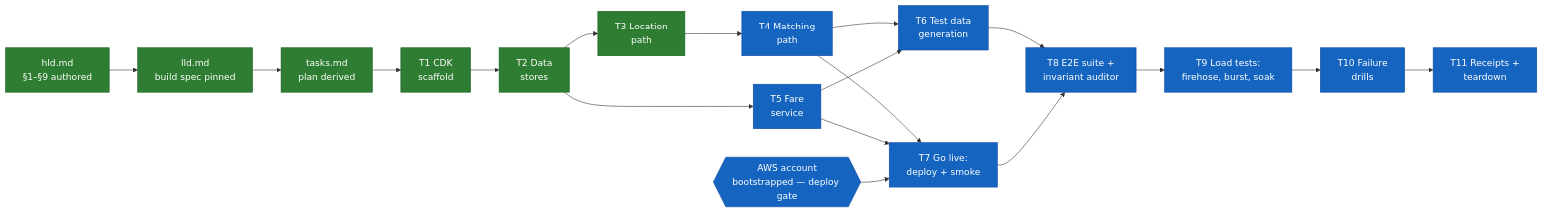
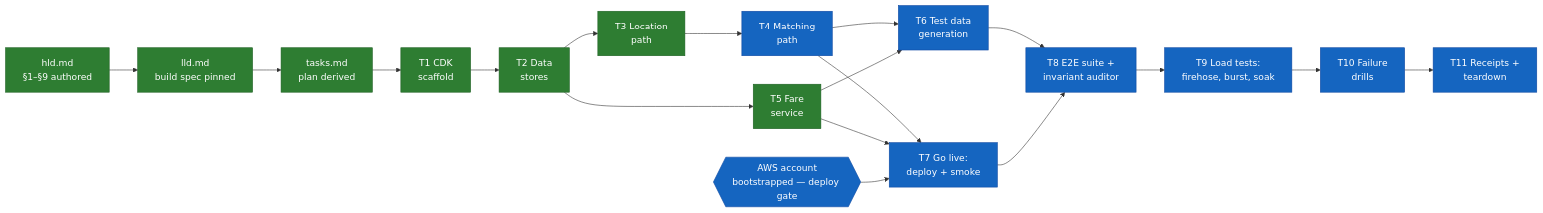
One commit to quannh0308/SystemDesignDeepDives changed the diagram in uber-like-rides/docs/ledger.md. Above: the diagram before and after it, drawn with Mermaid. The commit also changed other lines of this file and 15 other files, not shown here.

````diff
--- a/uber-like-rides/docs/ledger.md
+++ b/uber-like-rides/docs/ledger.md
@@ -8,38 +8,38 @@
 ```mermaid
 flowchart LR
     DESIGN[hld.md<br/>§1–§9 authored]
     LLD[lld.md<br/>build spec pinned]
     PLAN[tasks.md<br/>plan derived]
     T1[T1 CDK<br/>scaffold]
     T2[T2 Data<br/>stores]
     T3[T3 Location<br/>path]
     T4[T4 Matching<br/>path]
     T5[T5 Fare<br/>service]
     T6[T6 Test data<br/>generation]
     T7[T7 Go live:<br/>deploy + smoke]
     T8[T8 E2E suite +<br/>invariant auditor]
     T9[T9 Load tests:<br/>firehose, burst, soak]
     T10[T10 Failure<br/>drills]
     T11[T11 Receipts +<br/>teardown]
     AWS{{AWS account<br/>bootstrapped — deploy gate}}
 
     DESIGN --> LLD --> PLAN --> T1
     T1 --> T2
     T2 --> T3
     T2 --> T5
     T3 --> T4
     T4 --> T6
     T5 --> T6
     T4 --> T7
     T5 --> T7
     AWS --> T7
     T6 --> T8
     T7 --> T8
     T8 --> T9 --> T10 --> T11
 
     classDef done fill:#2e7d32,color:#fff,stroke:#1b5e20
     classDef active fill:#ff8f00,color:#fff,stroke:#e65100
     classDef pending fill:#1565c0,color:#fff,stroke:#0d47a1
-    class DESIGN,LLD,PLAN,T1,T2,T3 done
-    class T4,T5,T6,T7,T8,T9,T10,T11,AWS pending
+    class DESIGN,LLD,PLAN,T1,T2,T3,T5 done
+    class T4,T6,T7,T8,T9,T10,T11,AWS pending
 ```
````
